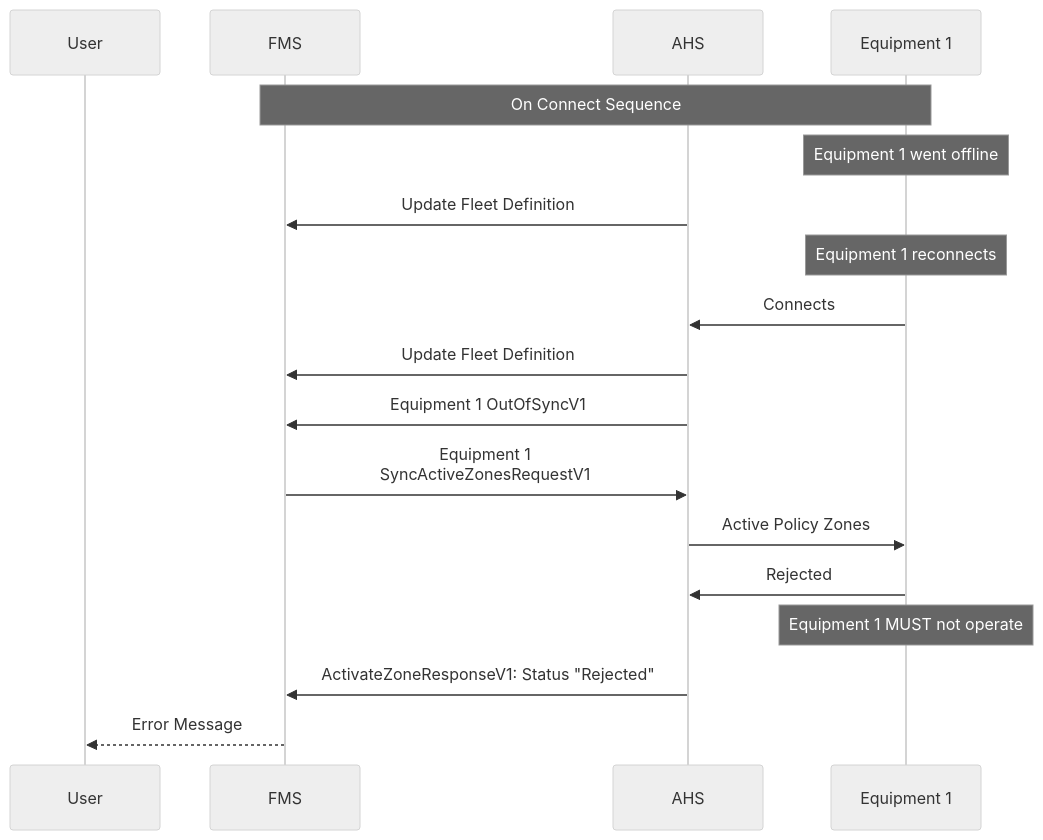
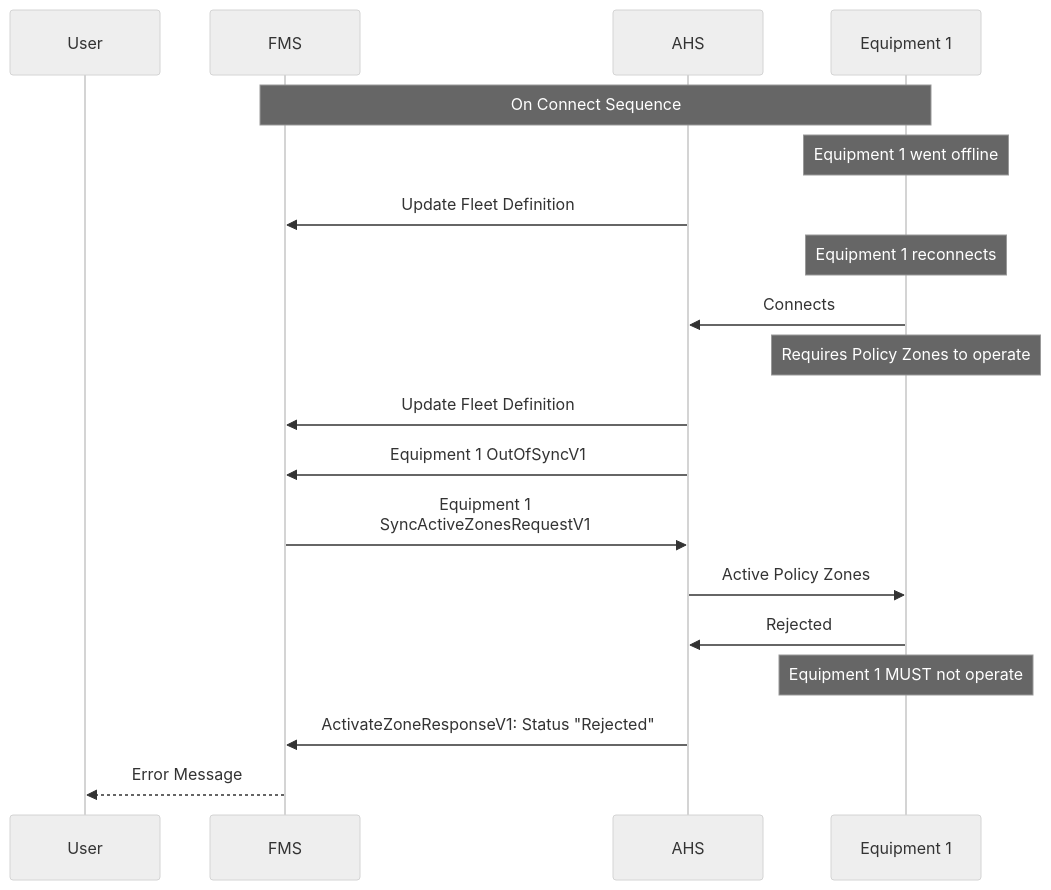
The third of 3 diagrams in diagram/Resynchronisation.md (open-autonomy/zone), drawn with Mermaid (neutral theme) before and after one commit. The commit also changed other lines of this file and 1 other file, not shown here.

Commit message:
update diagrams

````diff
--- a/diagram/Resynchronisation.md
+++ b/diagram/Resynchronisation.md
@@ -100,30 +101,31 @@
 ```mermaid
 sequenceDiagram
     participant User
     participant FMS
     participant AHS
     participant Equipment 1
 
     Note over FMS,Equipment 1: On Connect Sequence
     Note over Equipment 1: Equipment 1 went offline
     AHS->>FMS: Update Fleet Definition
 
     Note Over Equipment 1: Equipment 1 reconnects
 
     Equipment 1->>AHS: Connects
+    Note Over Equipment 1: Requires Policy Zones to operate
     AHS->>FMS: Update Fleet Definition
 
     AHS->>FMS: Equipment 1 OutOfSyncV1
 
     FMS->>AHS: Equipment 1 <br/> SyncActiveZonesRequestV1
     AHS->>Equipment 1: Active Policy Zones
 
     Equipment 1->>AHS: Rejected
 
     Note Over Equipment 1: Equipment 1 MUST not operate
 
     AHS->>FMS: ActivateZoneResponseV1: Status "Rejected"
 
     FMS-->>User: Error Message
 
 ```
````
